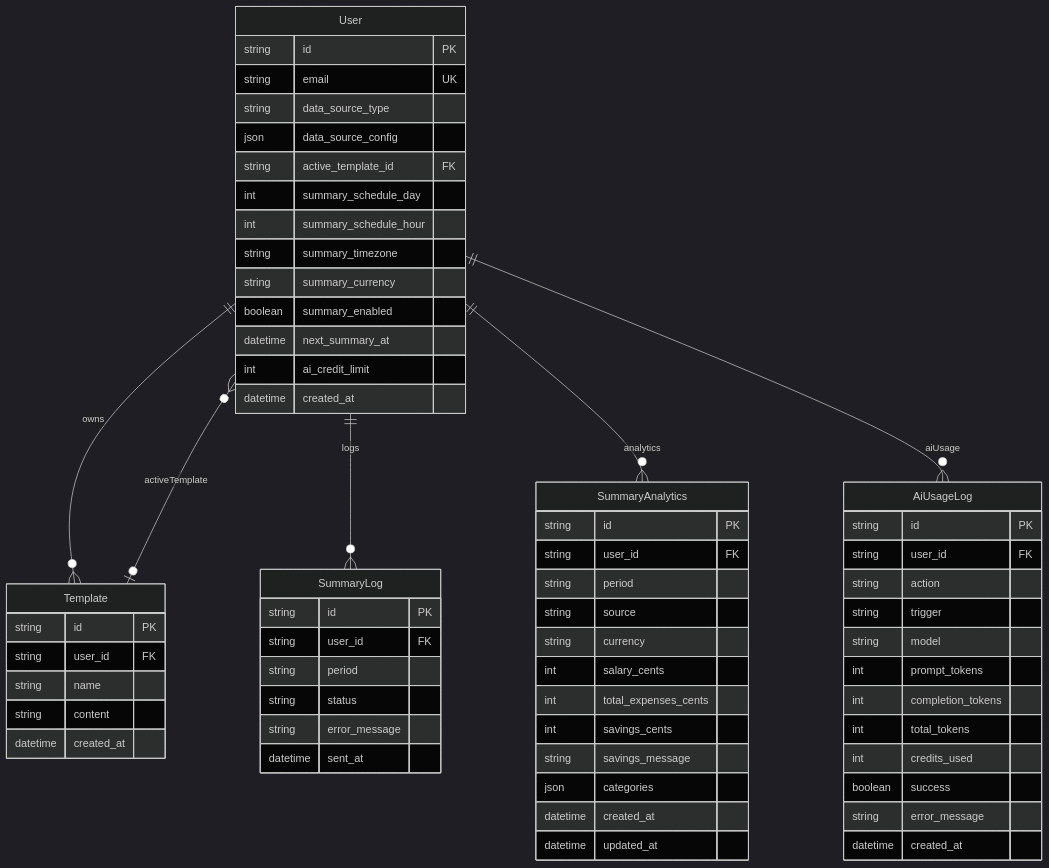
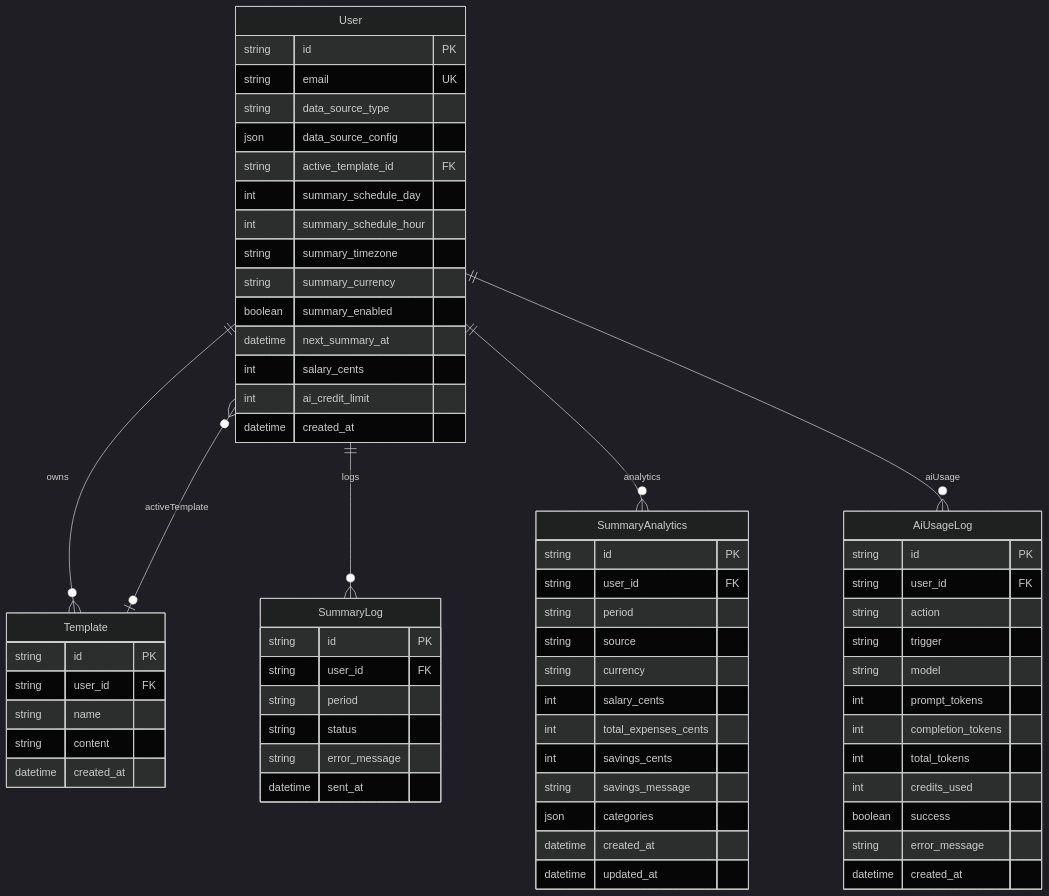
Before and after one commit to PatrykS-ORG/expenses-tracking-backend: the diagram in docs/database.md, drawn with Mermaid (dark theme). The commit also changed other lines of this file and 16 other files, not shown here.

````diff
--- a/docs/database.md
+++ b/docs/database.md
@@ -194,66 +195,67 @@
 ```mermaid
 erDiagram
   User ||--o{ Template : owns
   User }o--o| Template : activeTemplate
   User ||--o{ SummaryLog : logs
   User ||--o{ SummaryAnalytics : analytics
   User ||--o{ AiUsageLog : aiUsage
   User {
     string id PK
     string email UK
     string data_source_type
     json data_source_config
     string active_template_id FK
     int summary_schedule_day
     int summary_schedule_hour
     string summary_timezone
     string summary_currency
     boolean summary_enabled
     datetime next_summary_at
+    int salary_cents
     int ai_credit_limit
     datetime created_at
   }
   Template {
     string id PK
     string user_id FK
     string name
     string content
     datetime created_at
   }
   SummaryLog {
     string id PK
     string user_id FK
     string period
     string status
     string error_message
     datetime sent_at
   }
   SummaryAnalytics {
     string id PK
     string user_id FK
     string period
     string source
     string currency
     int salary_cents
     int total_expenses_cents
     int savings_cents
     string savings_message
     json categories
     datetime created_at
     datetime updated_at
   }
   AiUsageLog {
     string id PK
     string user_id FK
     string action
     string trigger
     string model
     int prompt_tokens
     int completion_tokens
     int total_tokens
     int credits_used
     boolean success
     string error_message
     datetime created_at
   }
 ```
````
